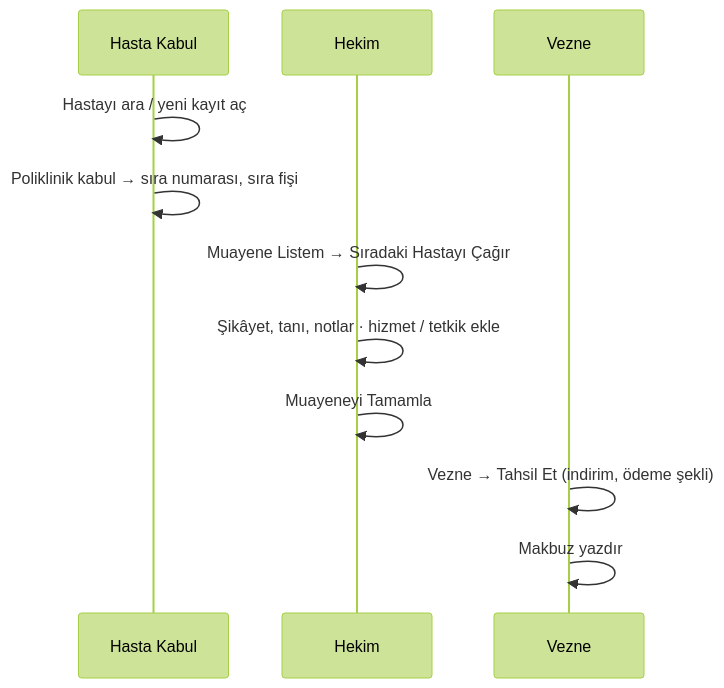
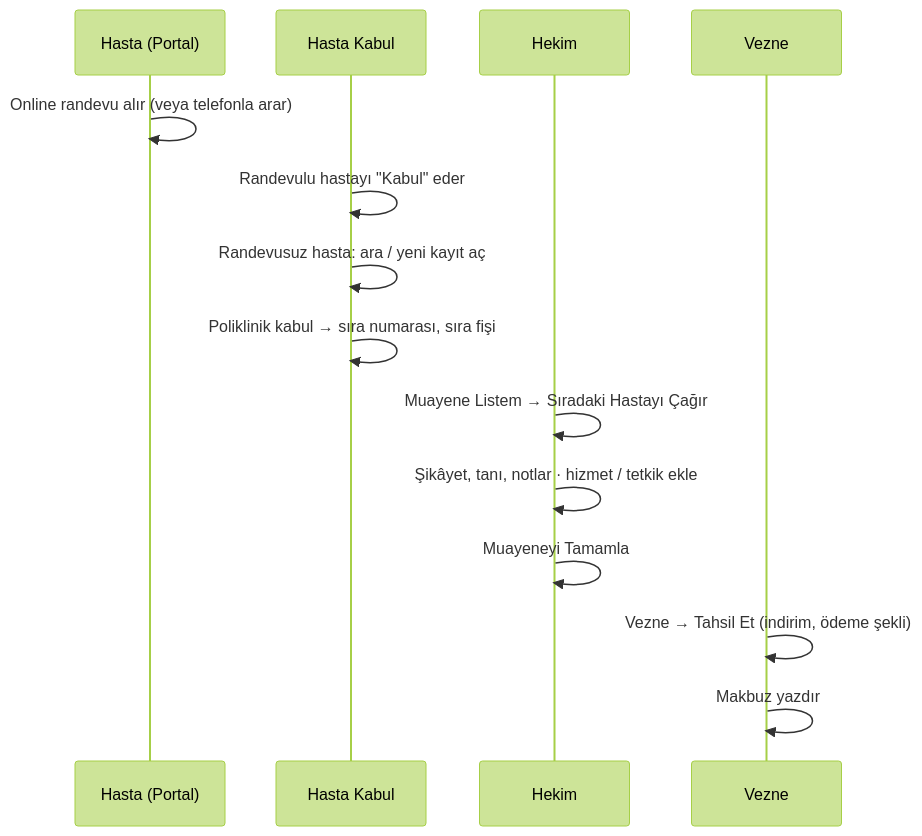
The diagram in docs/user-guide.md (kilicchalitt/klinova), drawn with Mermaid (forest theme) before and after one commit. The commit also changed other lines of this file and 3 other files, not shown here.

````diff
--- a/docs/user-guide.md
+++ b/docs/user-guide.md
@@ -18,13 +62,16 @@
 ```mermaid
 sequenceDiagram
+    participant P as Hasta (Portal)
     participant K as Hasta Kabul
     participant H as Hekim
     participant V as Vezne
-    K->>K: Hastayı ara / yeni kayıt aç
+    P->>P: Online randevu alır (veya telefonla arar)
+    K->>K: Randevulu hastayı "Kabul" eder
+    K->>K: Randevusuz hasta: ara / yeni kayıt aç
     K->>K: Poliklinik kabul → sıra numarası, sıra fişi
     H->>H: Muayene Listem → Sıradaki Hastayı Çağır
     H->>H: Şikâyet, tanı, notlar · hizmet / tetkik ekle
     H->>H: Muayeneyi Tamamla
     V->>V: Vezne → Tahsil Et (indirim, ödeme şekli)
     V->>V: Makbuz yazdır
 ```
````
